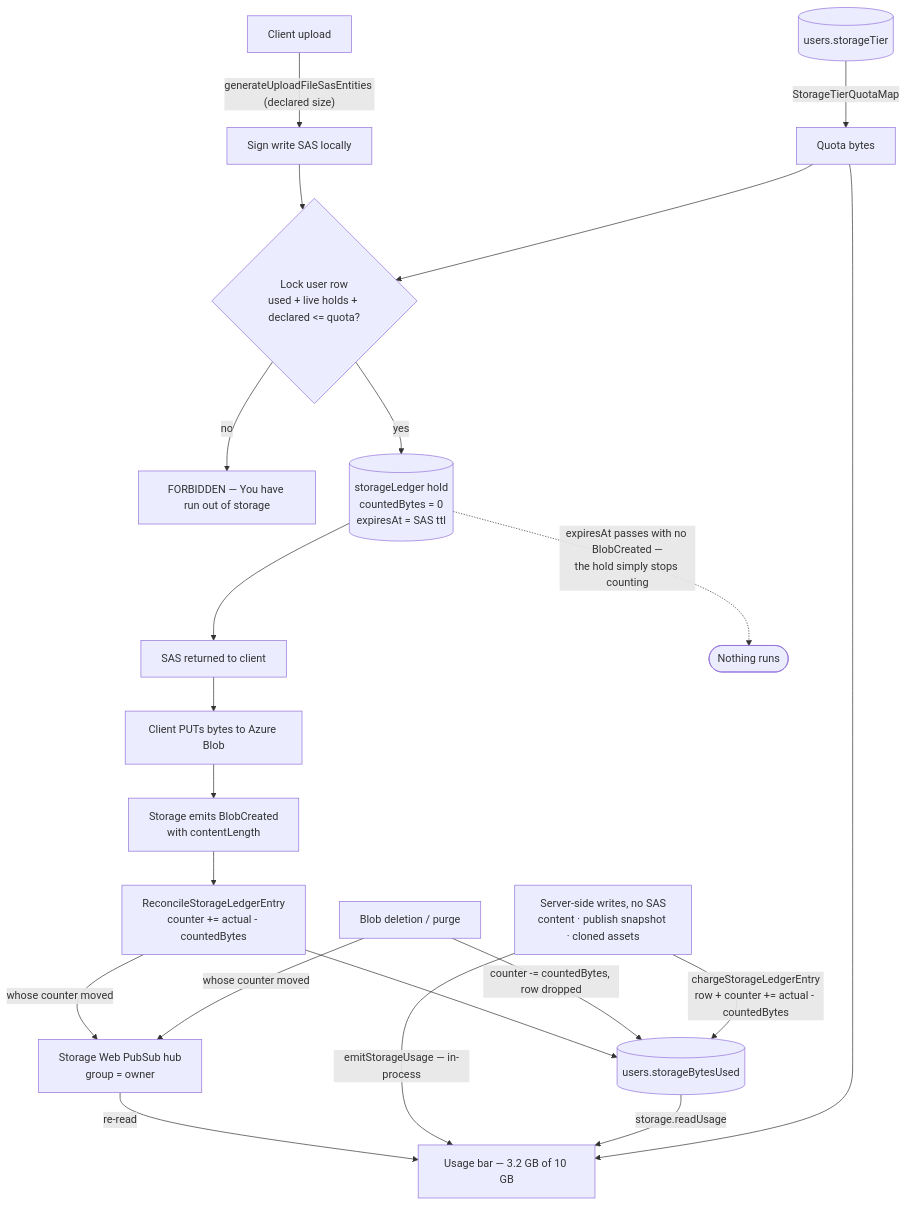
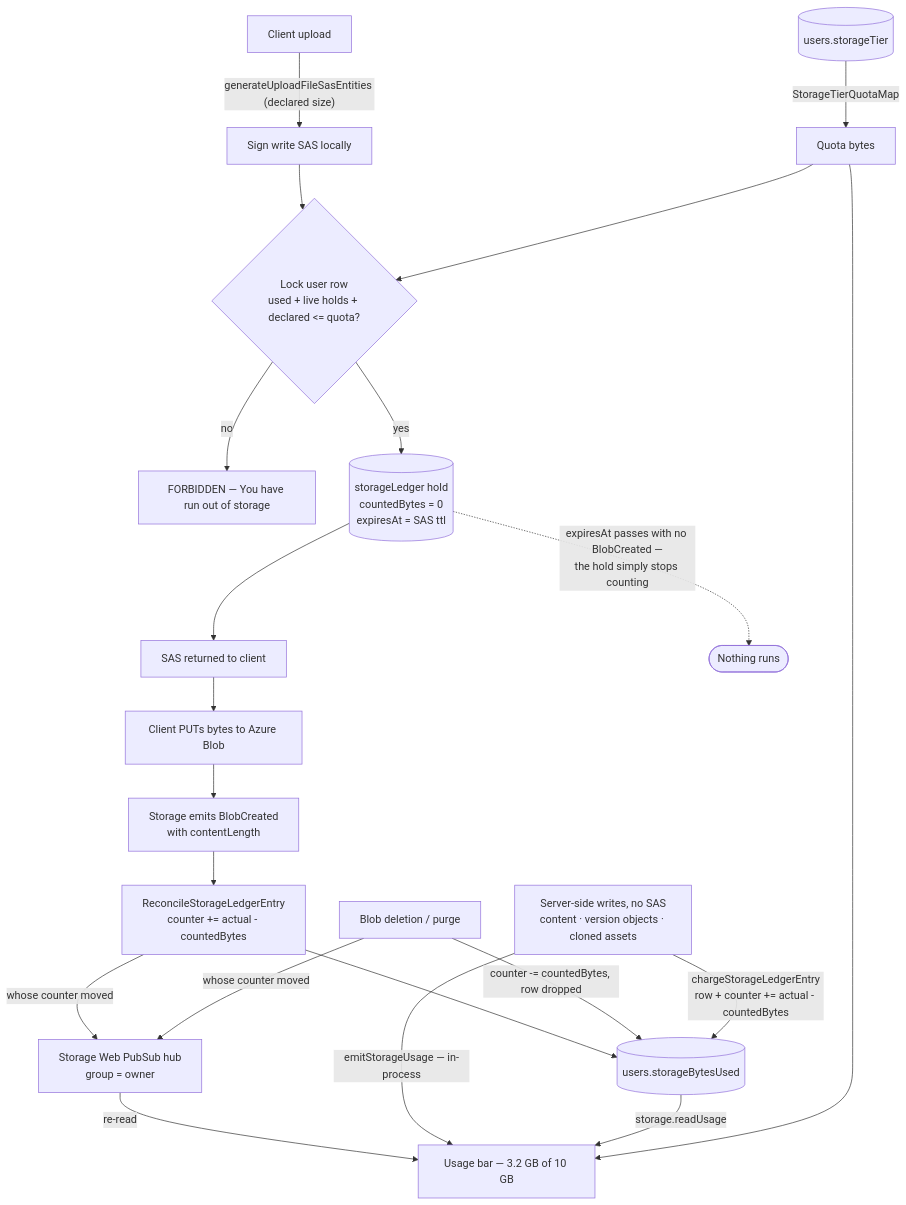
One commit to Esposter/Esposter changed the diagram in apps/web/content/docs/resource/storage-quotas.md. Above: the diagram before and after it, drawn with Mermaid. The commit also changed other lines of this file and 18 other files, not shown here.

First line of the commit message:
refactor(resource): the version store is the only snapshot, so the prose and the blob reader say so

````diff
--- a/apps/web/content/docs/resource/storage-quotas.md
+++ b/apps/web/content/docs/resource/storage-quotas.md
@@ -23,23 +23,23 @@
 ```mermaid
 flowchart TD
   client[Client upload] -->|"generateUploadFileSasEntities (declared size)"| sign[Sign write SAS locally]
   sign --> reserve{"Lock user row<br/>used + live holds + declared &lt;= quota?"}
   reserve -->|no| reject["FORBIDDEN — You have run out of storage"]
   reserve -->|yes| ledger[("storageLedger hold<br/>countedBytes = 0<br/>expiresAt = SAS ttl")]
   ledger --> respond[SAS returned to client]
   respond --> put[Client PUTs bytes to Azure Blob]
   put --> created["Storage emits BlobCreated<br/>with contentLength"]
   created --> reconcile["ReconcileStorageLedgerEntry<br/>counter += actual - countedBytes"]
   reconcile --> counter[("users.storageBytesUsed")]
   del["Blob deletion / purge"] -->|"counter -= countedBytes, row dropped"| counter
-  save["Server-side writes, no SAS<br/>content · publish snapshot · cloned assets"] -->|"chargeStorageLedgerEntry<br/>row + counter += actual - countedBytes"| counter
+  save["Server-side writes, no SAS<br/>content · version objects · cloned assets"] -->|"chargeStorageLedgerEntry<br/>row + counter += actual - countedBytes"| counter
   ledger -.->|"expiresAt passes with no BlobCreated —<br/>the hold simply stops counting"| gone(["Nothing runs"])
   reconcile -->|"whose counter moved"| pubsub["Storage Web PubSub hub<br/>group = owner"]
   del -->|"whose counter moved"| pubsub
   pubsub -->|"re-read"| ui
   save -->|"emitStorageUsage — in-process"| ui
   counter -->|storage.readUsage| ui["Usage bar — 3.2 GB of 10 GB"]
   tier[("users.storageTier")] -->|StorageTierQuotaMap| quota[Quota bytes]
   quota --> reserve
   quota --> ui
 ```
````
